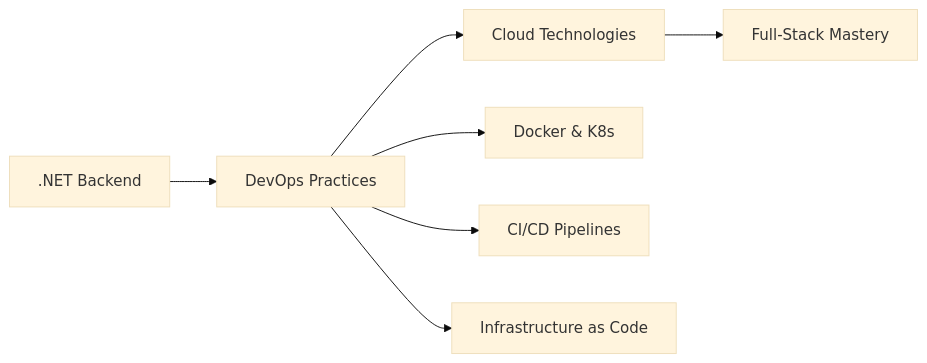
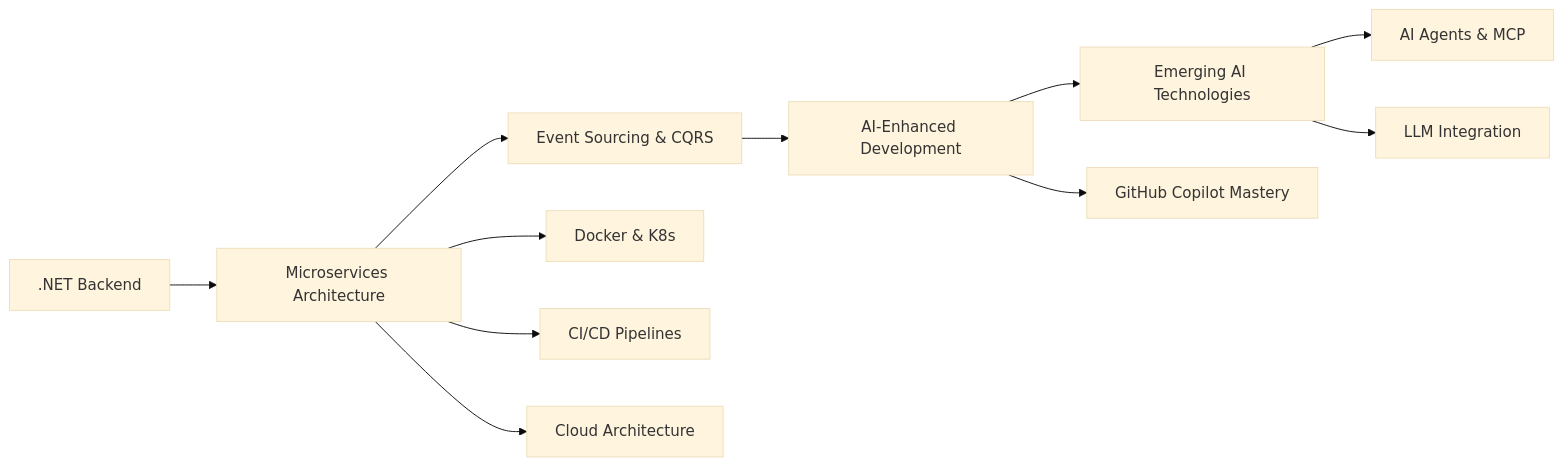
Before and after one commit to FaysilAlshareef/FaysilAlshareef: the diagram in README.md, drawn with Mermaid (base theme). The commit also changed other lines of this file, not shown here.

````diff
--- a/README.md
+++ b/README.md
@@ -76,10 +150,15 @@
 ```mermaid
 graph LR
-    A[.NET Backend] --> B[DevOps Practices]
-    B --> C[Cloud Technologies]
-    C --> D[Full-Stack Mastery]
+    A[.NET Backend] --> B[Microservices Architecture]
+    B --> C[Event Sourcing & CQRS]
+    C --> D[AI-Enhanced Development]
+    D --> E[Emerging AI Technologies]
     
-    B --> E[Docker & K8s]
-    B --> F[CI/CD Pipelines]
-    B --> G[Infrastructure as Code]
+    B --> F[Docker & K8s]
+    B --> G[CI/CD Pipelines]
+    B --> H[Cloud Architecture]
+    
+    D --> I[GitHub Copilot Mastery]
+    E --> J[AI Agents & MCP]
+    E --> K[LLM Integration]
 ```
````
